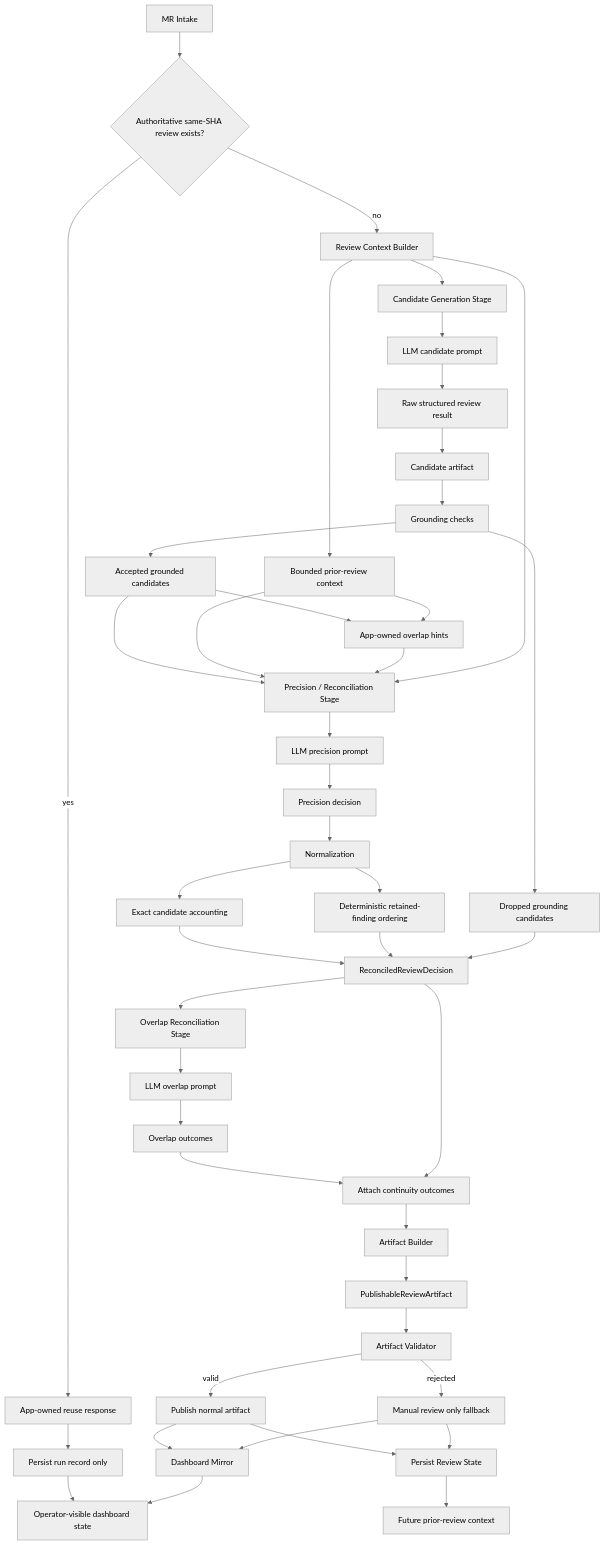
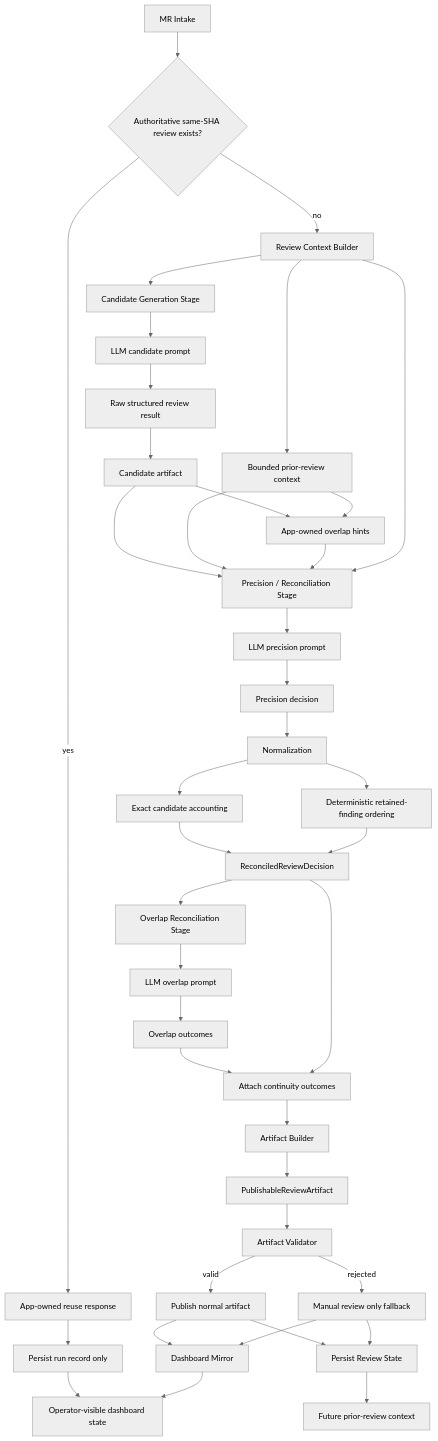
The diagram in docs/review-flow-mermaid.md (JustinMelger/ZeroOne-ops), drawn with Mermaid (neutral theme) before and after one commit. The commit also changed 14 other files, not shown here.

````diff
--- a/docs/review-flow-mermaid.md
+++ b/docs/review-flow-mermaid.md
@@ -11,56 +11,51 @@
 ```mermaid
 flowchart TD
     A[MR Intake] --> A1{Authoritative same-SHA review exists?}
     A1 -->|yes| A2[App-owned reuse response]
     A2 --> A3[Persist run record only]
     A3 --> U[Operator-visible dashboard state]
     A1 -->|no| B[Review Context Builder]
 
     B --> C[Candidate Generation Stage]
     C --> C1[LLM candidate prompt]
     C1 --> C2[Raw structured review result]
     C2 --> C3[Candidate artifact]
 
-    C3 --> G[Grounding checks]
-    G --> G1[Accepted grounded candidates]
-    G --> G2[Dropped grounding candidates]
-
     B --> H[Bounded prior-review context]
-    G1 --> I[App-owned overlap hints]
+    C3 --> I[App-owned overlap hints]
     H --> I
 
-    G1 --> J[Precision / Reconciliation Stage]
+    C3 --> J[Precision / Reconciliation Stage]
     H --> J
     I --> J
     B --> J
 
     J --> J1[LLM precision prompt]
     J1 --> J2[Precision decision]
     J2 --> J3[Normalization]
     J3 --> J4[Exact candidate accounting]
     J3 --> J5[Deterministic retained-finding ordering]
     J4 --> K[ReconciledReviewDecision]
     J5 --> K
-    G2 --> K
 
     K --> L[Overlap Reconciliation Stage]
     L --> L1[LLM overlap prompt]
     L1 --> L2[Overlap outcomes]
     L2 --> M[Attach continuity outcomes]
     K --> M
 
     M --> N[Artifact Builder]
     N --> N1[PublishableReviewArtifact]
 
     N1 --> O[Artifact Validator]
     O -->|valid| P[Publish normal artifact]
     O -->|rejected| Q[Manual review only fallback]
 
     P --> R[Persist Review State]
     P --> S[Dashboard Mirror]
     Q --> R
     Q --> S
 
     R --> T[Future prior-review context]
     S --> U[Operator-visible dashboard state]
 ```
````
